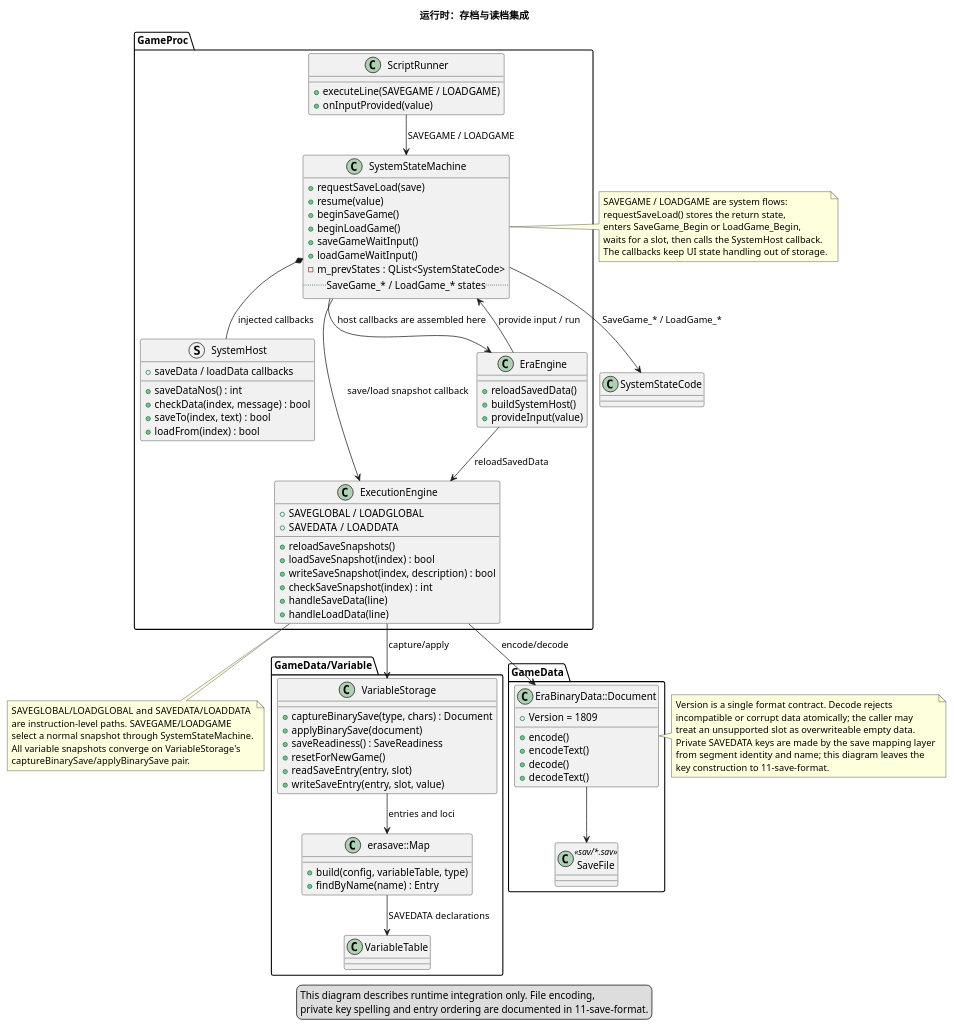
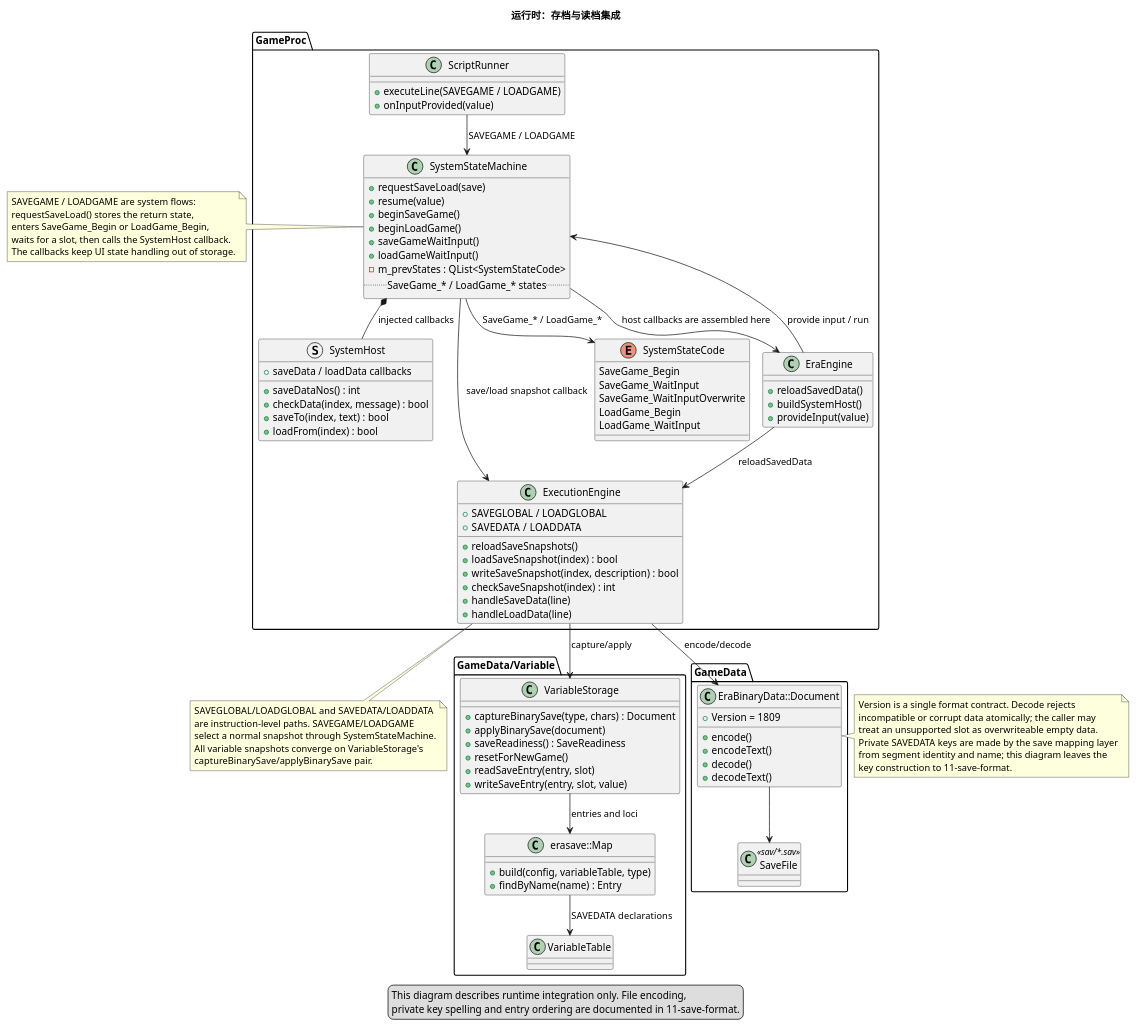
One commit to yigekuyou/qt-eraemu changed the diagram in docs/uml/05-runtime-save-load.puml. Above: the diagram before and after it, drawn with PlantUML. The commit also changed 9 other files, not shown here.

```diff
--- a/docs/uml/05-runtime-save-load.puml
+++ b/docs/uml/05-runtime-save-load.puml
@@ -1,122 +1,130 @@
 @startuml 05-runtime-save-load
 !pragma layout smetana
 ' 运行时责任 4/4：系统存档画面、指令存档和变量快照
 ' 来源：GameProc/system_state_machine.h, execution_engine.h,
 '       GameData/Variable/variable_storage.h, GameData/era_binary_data.h, eraengine.cpp
 
 title 运行时：存档与读档集成
 
 package "GameProc" {
   class ScriptRunner {
     + executeLine(SAVEGAME / LOADGAME)
     + onInputProvided(value)
   }
 
   class SystemStateMachine {
     + requestSaveLoad(save)
     + resume(value)
     + beginSaveGame()
     + beginLoadGame()
     + saveGameWaitInput()
     + loadGameWaitInput()
     - m_prevStates : QList<SystemStateCode>
     .. SaveGame_* / LoadGame_* states ..
   }
 
   struct SystemHost {
     + saveDataNos() : int
     + checkData(index, message) : bool
     + saveTo(index, text) : bool
     + loadFrom(index) : bool
     + saveData / loadData callbacks
   }
 
   class ExecutionEngine {
     + reloadSaveSnapshots()
     + loadSaveSnapshot(index) : bool
     + writeSaveSnapshot(index, description) : bool
     + checkSaveSnapshot(index) : int
     + handleSaveData(line)
     + handleLoadData(line)
     + SAVEGLOBAL / LOADGLOBAL
     + SAVEDATA / LOADDATA
+  }
+
+  enum SystemStateCode {
+    SaveGame_Begin
+    SaveGame_WaitInput
+    SaveGame_WaitInputOverwrite
+    LoadGame_Begin
+    LoadGame_WaitInput
   }
 
   class EraEngine {
     + reloadSavedData()
     + buildSystemHost()
     + provideInput(value)
   }
 }
 
 package "GameData/Variable" {
   class VariableStorage {
     + captureBinarySave(type, chars) : Document
     + applyBinarySave(document)
     + saveReadiness() : SaveReadiness
     + resetForNewGame()
     + readSaveEntry(entry, slot)
     + writeSaveEntry(entry, slot, value)
   }
 
   class VariableTable
   class "erasave::Map" as SaveMap {
     + build(config, variableTable, type)
     + findByName(name) : Entry
   }
 }
 
 package "GameData" {
   class "EraBinaryData::Document" as Document {
     + encode()
     + encodeText()
     + decode()
     + decodeText()
     + Version = 1809
   }
   class SaveFile <<sav/*.sav>>
 }
 
 ScriptRunner --> SystemStateMachine : SAVEGAME / LOADGAME
 SystemStateMachine *-- SystemHost : injected callbacks
 SystemStateMachine --> EraEngine : host callbacks are assembled here
 SystemStateMachine --> ExecutionEngine : save/load snapshot callback
 SystemStateMachine --> SystemStateCode : SaveGame_* / LoadGame_*
 EraEngine --> SystemStateMachine : provide input / run
 EraEngine --> ExecutionEngine : reloadSavedData
 ExecutionEngine --> VariableStorage : capture/apply
 ExecutionEngine --> Document : encode/decode
 VariableStorage --> SaveMap : entries and loci
 SaveMap --> VariableTable : SAVEDATA declarations
 Document --> SaveFile
 
 note right of SystemStateMachine
   SAVEGAME / LOADGAME are system flows:
   requestSaveLoad() stores the return state,
   enters SaveGame_Begin or LoadGame_Begin,
   waits for a slot, then calls the SystemHost callback.
   The callbacks keep UI state handling out of storage.
 end note
 
 note bottom of ExecutionEngine
   SAVEGLOBAL/LOADGLOBAL and SAVEDATA/LOADDATA
   are instruction-level paths. SAVEGAME/LOADGAME
   select a normal snapshot through SystemStateMachine.
   All variable snapshots converge on VariableStorage's
   captureBinarySave/applyBinarySave pair.
 end note
 
 note right of Document
   Version is a single format contract. Decode rejects
   incompatible or corrupt data atomically; the caller may
   treat an unsupported slot as overwriteable empty data.
   Private SAVEDATA keys are made by the save mapping layer
   from segment identity and name; this diagram leaves the
   key construction to 11-save-format.
 end note
 
 legend bottom
   This diagram describes runtime integration only. File encoding,
   private key spelling and entry ordering are documented in 11-save-format.
 endlegend
 @enduml
```
